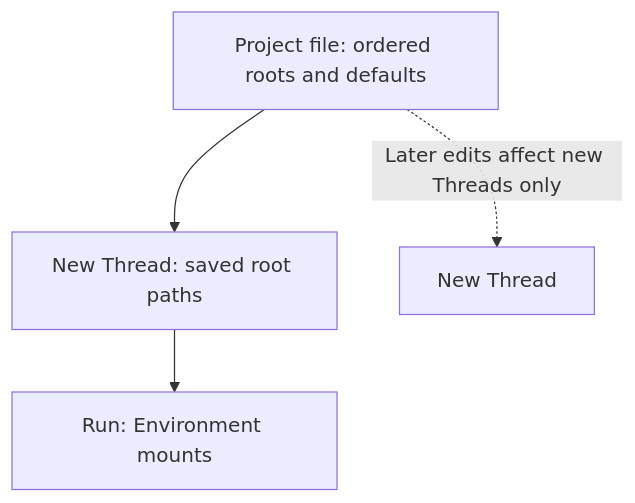
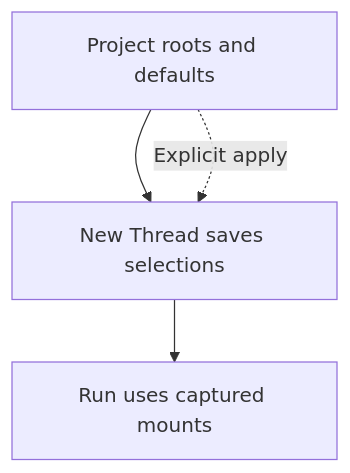
Before and after one commit to Jarvis636431/agent-foundation: the diagram in docs/a13n-harness-ui/environments-and-projects.md, drawn with Mermaid. The commit also changed other lines of this file and 202 other files, not shown here.

````diff
--- a/docs/a13n-harness-ui/environments-and-projects.md
+++ b/docs/a13n-harness-ui/environments-and-projects.md
@@ -44,9 +158,8 @@
 ```mermaid
 flowchart TB
-    P[Project file: ordered roots and defaults] --> T[New Thread: saved root paths]
-    T --> R[Run: Environment mounts]
-    P -. Later edits affect new Threads only .-> N[New Thread]
-
+    P[Project roots and defaults] --> T[New Thread saves selections]
+    T --> R[Run uses captured mounts]
+    P -. Explicit apply .-> T
     class P store
-    class T,R,N a13n
+    class T,R a13n
 ```
````
